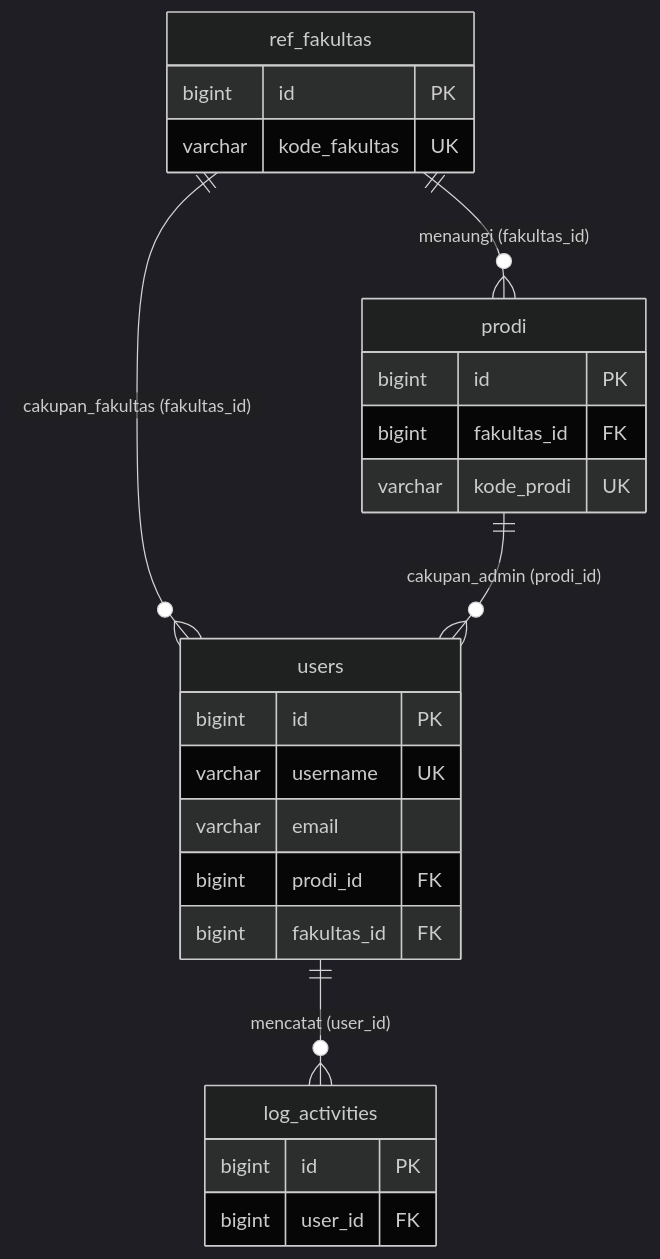
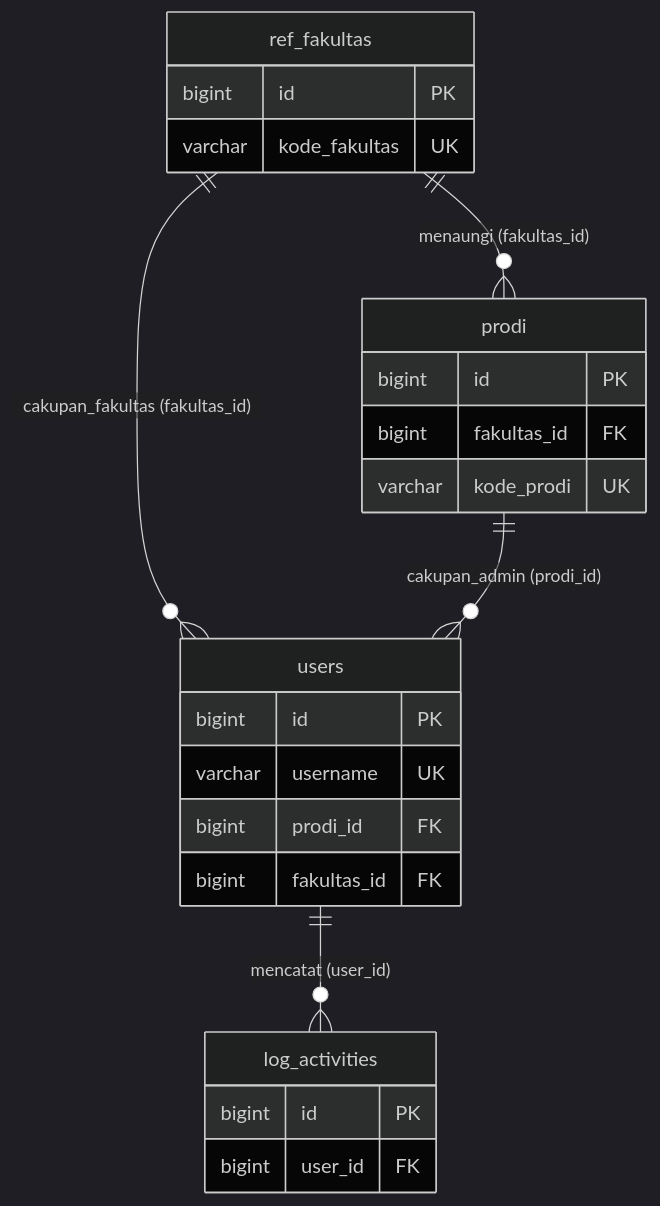
Before and after one commit to claraanjelitakd/tugas-akhir: the second of 7 diagrams in ERD.md, drawn with Mermaid (dark theme). The commit also changed other lines of this file and 96 other files, not shown here.

````diff
--- a/ERD.md
+++ b/ERD.md
@@ -91,31 +86,30 @@
 ```mermaid
 erDiagram
     ref_fakultas ||--o{ prodi : "menaungi (fakultas_id)"
     ref_fakultas ||--o{ users : "cakupan_fakultas (fakultas_id)"
     prodi ||--o{ users : "cakupan_admin (prodi_id)"
     users ||--o{ log_activities : "mencatat (user_id)"
 
     ref_fakultas {
         bigint id PK
         varchar kode_fakultas UK
     }
 
     prodi {
         bigint id PK
         bigint fakultas_id FK
         varchar kode_prodi UK
     }
 
     users {
         bigint id PK
         varchar username UK
-        varchar email
         bigint prodi_id FK
         bigint fakultas_id FK
     }
 
     log_activities {
         bigint id PK
         bigint user_id FK
     }
 ```
````
